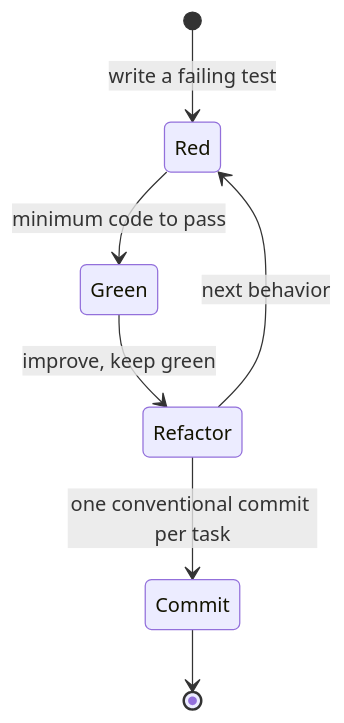
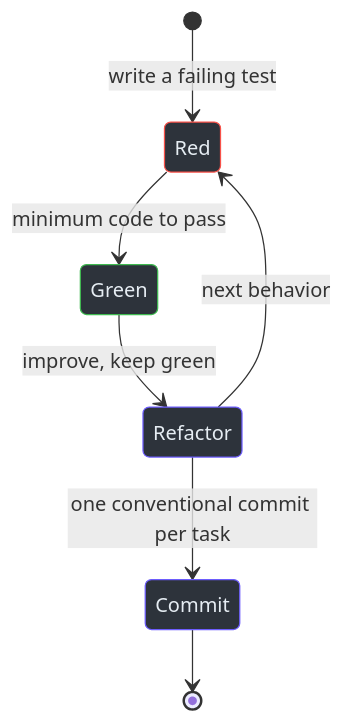
Before and after one commit to pleaseai/honmoon: the third of 3 diagrams in wiki/onboarding/contributor-guide.md, drawn with Mermaid. The commit also changed other lines of this file and 5 other files, not shown here.

Commit message:
chore: apply round-2 review (least-privilege CI perms, citation/diagram fixes, fail-closed precedence)

````diff
--- a/wiki/onboarding/contributor-guide.md
+++ b/wiki/onboarding/contributor-guide.md
@@ -247,9 +249,13 @@
 ```mermaid
 stateDiagram-v2
   [*] --> Red: write a failing test
   Red --> Green: minimum code to pass
   Green --> Refactor: improve, keep green
   Refactor --> Commit: one conventional commit per task
   Commit --> [*]
   Refactor --> Red: next behavior
+  style Red fill:#2d333b,stroke:#f85149,color:#e6edf3
+  style Green fill:#2d333b,stroke:#3fb950,color:#e6edf3
+  style Refactor fill:#2d333b,stroke:#6d5dfc,color:#e6edf3
+  style Commit fill:#2d333b,stroke:#6d5dfc,color:#e6edf3
 ```
````
